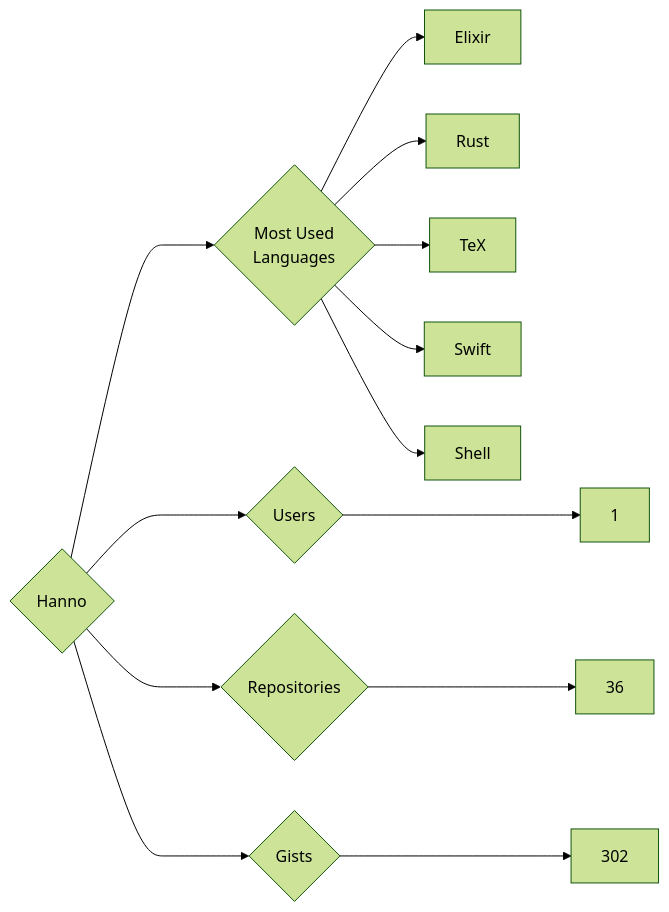
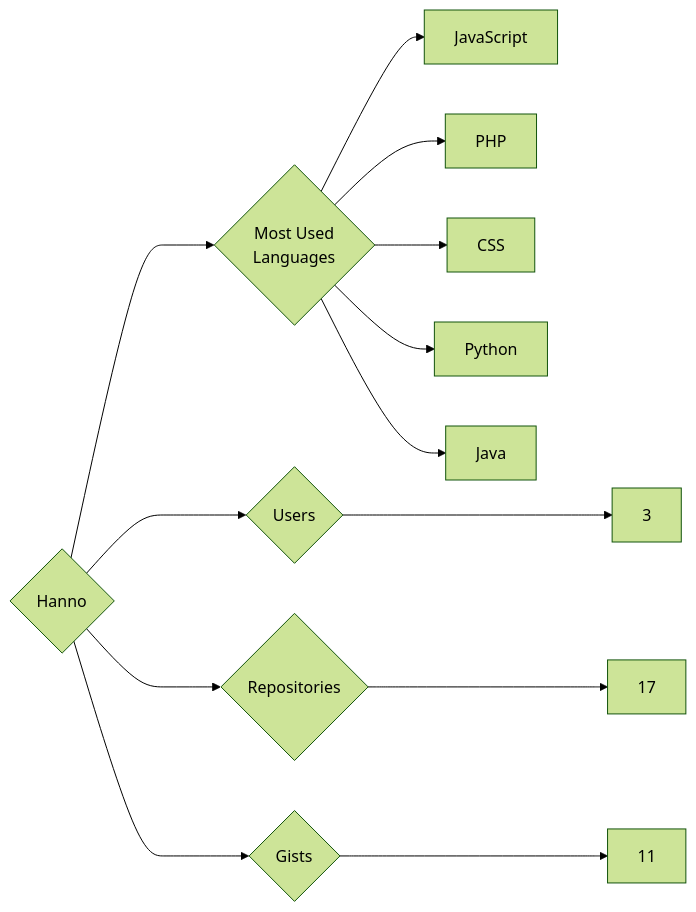
Before and after one commit to trickest/insiders: the diagram in targets/Hanno/README.md, drawn with Mermaid (forest theme). The commit also changed 815 other files, not shown here.

````diff
--- a/targets/Hanno/README.md
+++ b/targets/Hanno/README.md
@@ -3,13 +3,13 @@
 ```mermaid
 graph LR
 COMPANY_NAME{Hanno}
-COMPANY_NAME ---> U{Users} ---> UN[1]
-COMPANY_NAME ---> R{Repositories} ---> RN[36]
-COMPANY_NAME ---> G{Gists} ---> GN[302]
+COMPANY_NAME ---> U{Users} ---> UN[3]
+COMPANY_NAME ---> R{Repositories} ---> RN[17]
+COMPANY_NAME ---> G{Gists} ---> GN[11]
 COMPANY_NAME ---> ML{Most Used<br>Languages}
-ML --> Elixir[Elixir]
-ML --> Rust[Rust]
-ML --> TeX[TeX]
-ML --> Swift[Swift]
-ML --> Shell[Shell]
+ML --> JavaScript[JavaScript]
+ML --> PHP[PHP]
+ML --> CSS[CSS]
+ML --> Python[Python]
+ML --> Java[Java]
 ```
````
